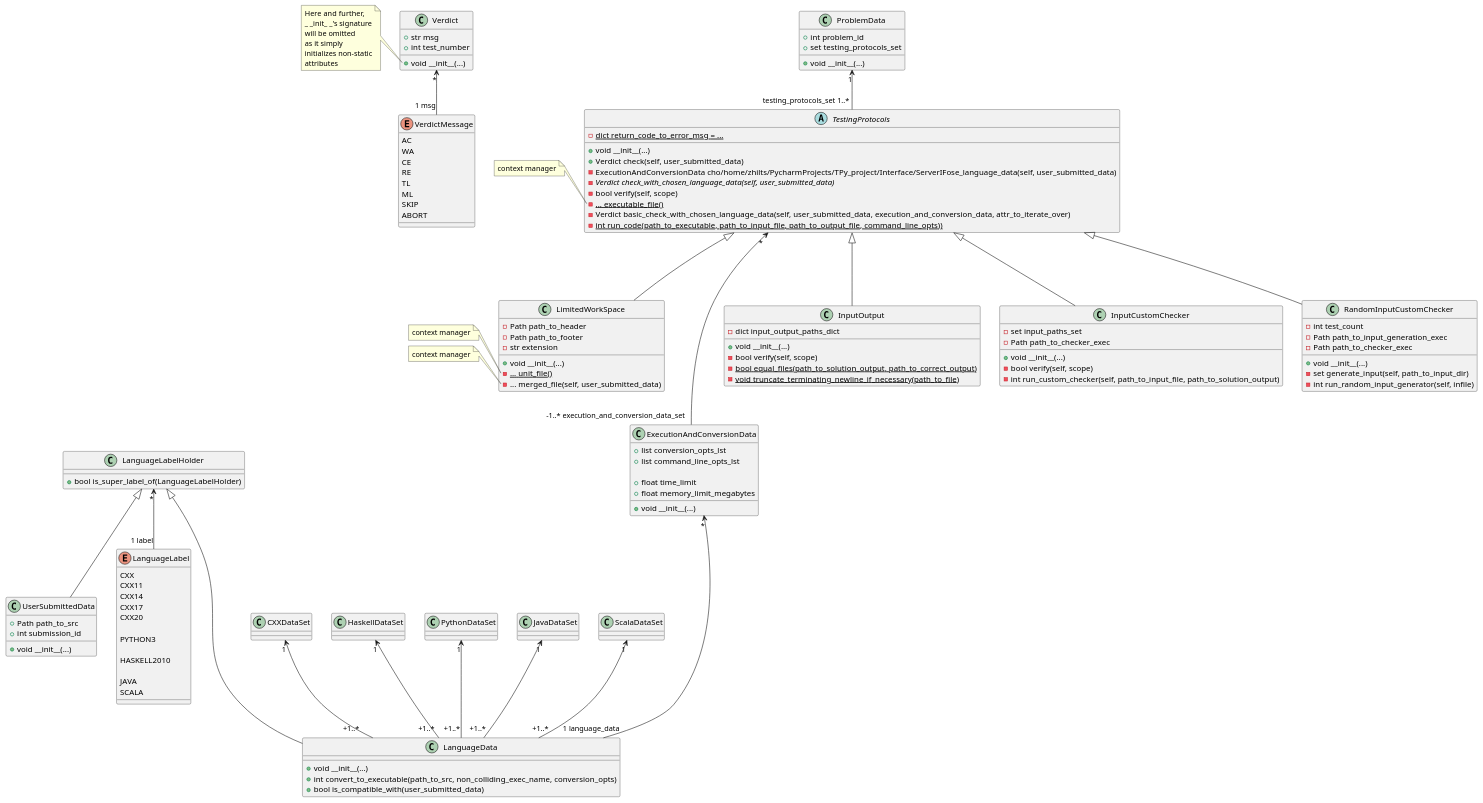
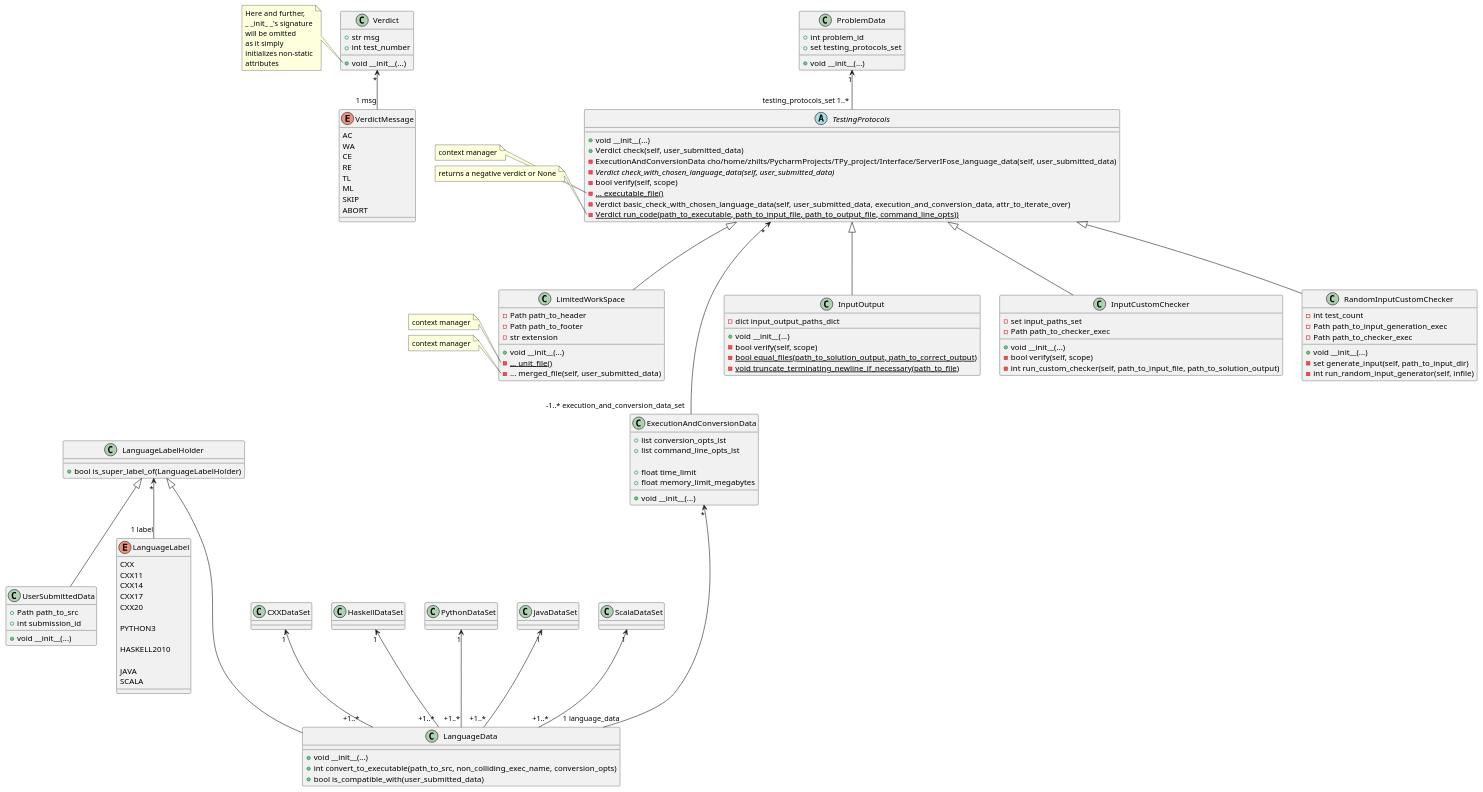
One commit to IgorZhiltsoff/TPy_project changed the diagram in TestingSystem/TestingProtocols/Class_TestingProtocols.puml. Above: the diagram before and after it, drawn with PlantUML. The commit also changed 4 other files, not shown here.

Commit message:
Getting ready to refactor run_code to measure resources

```diff
--- a/TestingSystem/TestingProtocols/Class_TestingProtocols.puml
+++ b/TestingSystem/TestingProtocols/Class_TestingProtocols.puml
@@ -1,192 +1,192 @@
 @startuml
 'https://plantuml.com/class-diagram
 
 skinparam enum {
     BackGroundColor Aqua
 }
 
 ' ============================ AUX ============================
 
 enum VerdictMessage {
     AC
     WA
     CE
     RE
     TL
     ML
     SKIP
     ABORT
 }
 
 class Verdict {
     +str msg
     +int test_number
 
     +void __init__(...)
 }
 note left of Verdict::__init__
 Here and further,
 _ _init_ _'s signature
 will be omitted
 as it simply
 initializes non-static
 attributes
 end note
 
 Verdict "*" <-- "1 msg" VerdictMessage
 
 class UserSubmittedData {
     +Path path_to_src
     +int submission_id
 
     +void __init__(...)
 }
 
 
 enum LanguageLabel {
     CXX
     CXX11
     CXX14
     CXX17
     CXX20
 
     PYTHON3
 
     HASKELL2010
 
     JAVA
     SCALA
 }
 
 class LanguageLabelHolder {
     +bool is_super_label_of(LanguageLabelHolder)
 }
 
 LanguageLabelHolder "*" <-- "1 label" LanguageLabel
 LanguageLabelHolder <|-- UserSubmittedData
 
 
 
 class LanguageData {
     +void __init__(...)
     +int convert_to_executable(path_to_src, non_colliding_exec_name, conversion_opts)
     +bool is_compatible_with(user_submitted_data)
 }
 LanguageLabelHolder <|--- LanguageData
 
 class CXXDataSet
 
 CXXDataSet "1" <-- "+1..*" LanguageData
 
 class HaskellDataSet
 
 HaskellDataSet "1" <-- "+1..*" LanguageData
 
 class PythonDataSet
 
 PythonDataSet "1" <-- "+1..*" LanguageData
 
 class JavaDataSet
 
 JavaDataSet "1" <-- "+1..*" LanguageData
 
 class ScalaDataSet
 
 ScalaDataSet "1" <-- "+1..*" LanguageData
 
 
 class ExecutionAndConversionData {
     +list conversion_opts_lst
     +list command_line_opts_lst
 
     +float time_limit
     +float memory_limit_megabytes
 
     +void __init__(...)
 }
 
 ExecutionAndConversionData "*" <--- "1 language_data" LanguageData
 TestingProtocols "*" <---- "-1..* execution_and_conversion_data_set" ExecutionAndConversionData
 
 ' ========================== PROTOCOLS =========================
 
 abstract class TestingProtocols {
-    -{static} dict return_code_to_error_msg = ...
-
     +void __init__(...)
     +Verdict check(self, user_submitted_data)
     -ExecutionAndConversionData cho/home/zhilts/PycharmProjects/TPy_project/Interface/ServerIFose_language_data(self, user_submitted_data)
     -{abstract} Verdict check_with_chosen_language_data(self, user_submitted_data)
     -bool verify(self, scope)
     -{static} ... executable_file()
     -Verdict basic_check_with_chosen_language_data(self, user_submitted_data, execution_and_conversion_data, attr_to_iterate_over)
-    -{static} int run_code(path_to_executable, path_to_input_file, path_to_output_file, command_line_opts))
+    -{static} Verdict run_code(path_to_executable, path_to_input_file, path_to_output_file, command_line_opts))
 }
-
 note left of TestingProtocols::executable_file
 context manager
+end note
+note left of TestingProtocols::run_code
+returns a negative verdict or None
 end note
 
 class InputOutput {
     -dict input_output_paths_dict
 
     +void __init__(...)
     -bool verify(self, scope)
     -{static} bool equal_files(path_to_solution_output, path_to_correct_output)
     -{static} void truncate_terminating_newline_if_necessary(path_to_file)
 }
 
 class InputCustomChecker {
     -set input_paths_set
     -Path path_to_checker_exec
 
     +void __init__(...)
     -bool verify(self, scope)
     -int run_custom_checker(self, path_to_input_file, path_to_solution_output)
 }
 
 class RandomInputCustomChecker {
     -int test_count
     -Path path_to_input_generation_exec
     -Path path_to_checker_exec
 
 
     +void __init__(...)
     -set generate_input(self, path_to_input_dir)
     -int run_random_input_generator(self, infile)
 }
 
 class LimitedWorkSpace {
     -Path path_to_header
     -Path path_to_footer
     -str extension
 
     +void __init__(...)
     -{static} ... unit_file()
     -... merged_file(self, user_submitted_data)
 }
 note left of LimitedWorkSpace::unit_file
 context manager
 end note
 note left of LimitedWorkSpace::merged_file
 context manager
 end note
 
 TestingProtocols <|--- InputCustomChecker
 TestingProtocols <|--- RandomInputCustomChecker
 TestingProtocols <|--- LimitedWorkSpace
 TestingProtocols <|--- InputOutput
 
 
 ' ============================ HELPER ============================
 
 class ProblemData {
     +int problem_id
     +set testing_protocols_set
 
     +void __init__(...)
 }
 
 ProblemData "1" <-- "testing_protocols_set 1..*" TestingProtocols
 
 @enduml
```
